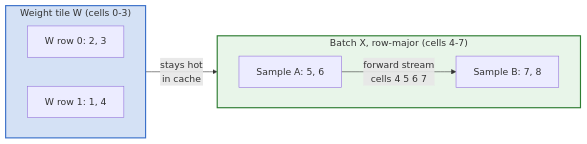
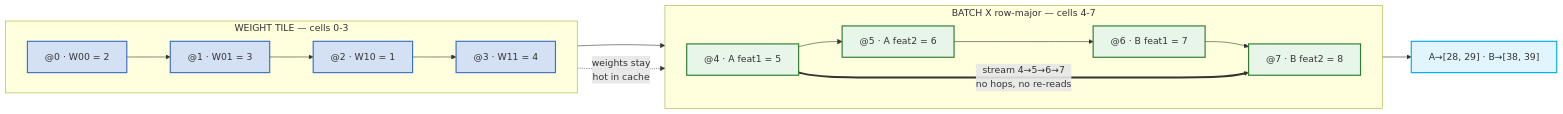
Before and after one commit to jsavinash/artificial-intelligence-study-guide: the third of 5 diagrams in docs/concepts/linear-algebra/linear-layer.md, drawn with Mermaid. The commit also changed other lines of this file, not shown here.

First line of the commit message:
Render Memory Ribbon Example fully in mermaid

````diff
--- a/docs/concepts/linear-algebra/linear-layer.md
+++ b/docs/concepts/linear-algebra/linear-layer.md
@@ -106,20 +105,32 @@
 ```mermaid
 graph LR
-    subgraph Wtile2["Weight tile W (cells 0-3)"]
+    subgraph C2W["WEIGHT TILE — cells 0-3"]
         direction LR
-        WR20["W row 0: 2, 3"]
-        WR21["W row 1: 1, 4"]
+        c2a0["@0 · W00 = 2"]
+        c2a1["@1 · W01 = 3"]
+        c2a2["@2 · W10 = 1"]
+        c2a3["@3 · W11 = 4"]
     end
 
-    subgraph Xbatch2["Batch X, row-major (cells 4-7)"]
+    subgraph C2X["BATCH X row-major — cells 4-7"]
         direction LR
-        SA["Sample A: 5, 6"]
-        SB["Sample B: 7, 8"]
-        SA -->|"forward stream<br>cells 4 5 6 7"| SB
+        c2a4["@4 · A feat1 = 5"]
+        c2a5["@5 · A feat2 = 6"]
+        c2a6["@6 · B feat1 = 7"]
+        c2a7["@7 · B feat2 = 8"]
     end
 
-    Wtile2 -->|"stays hot<br>in cache"| Xbatch2
+    yAB["A→[28, 29] · B→[38, 39]"]
 
-    style Wtile2 fill:#d4e1f5,stroke:#3b71ca,stroke-width:2px
-    style Xbatch2 fill:#e8f5e9,stroke:#2e7d32,stroke-width:2px
+    c2a0 --> c2a1 --> c2a2 --> c2a3 --> c2a4 --> c2a5 --> c2a6 --> c2a7
+    c2a3 -.->|"weights stay<br>hot in cache"| c2a4
+    c2a4 ==>|"stream 4→5→6→7<br>no hops, no re-reads"| c2a7
+    c2a7 --> yAB
+
+    classDef wcell fill:#d4e1f5,stroke:#3b71ca,stroke-width:2px
+    classDef xcell fill:#e8f5e9,stroke:#2e7d32,stroke-width:2px
+    classDef out fill:#e1f5fe,stroke:#03a9f4,stroke-width:2px
+    class c2a0,c2a1,c2a2,c2a3 wcell
+    class c2a4,c2a5,c2a6,c2a7 xcell
+    class yAB out
 ```
````
